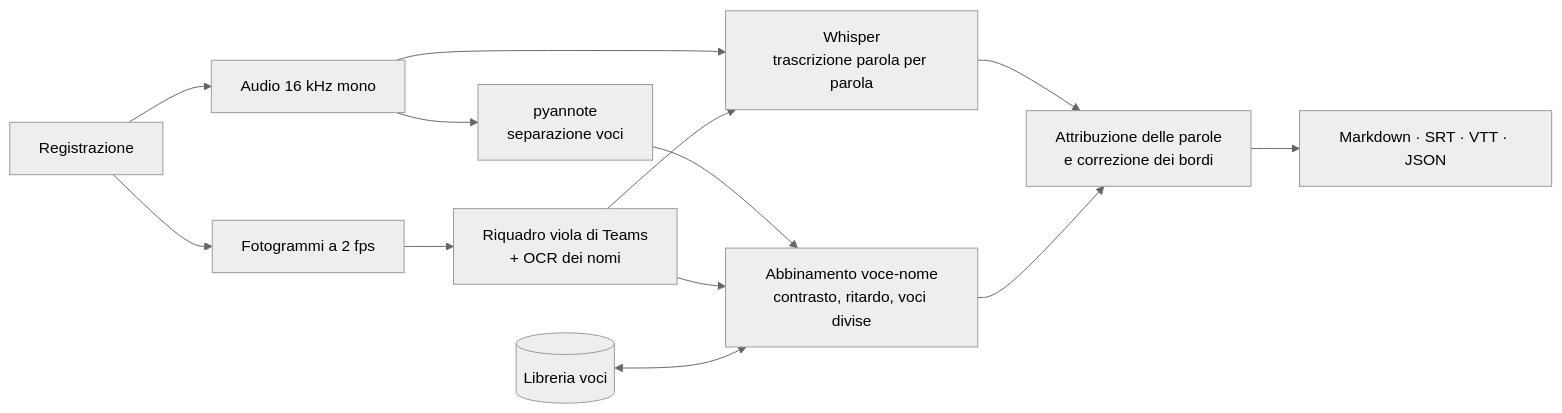
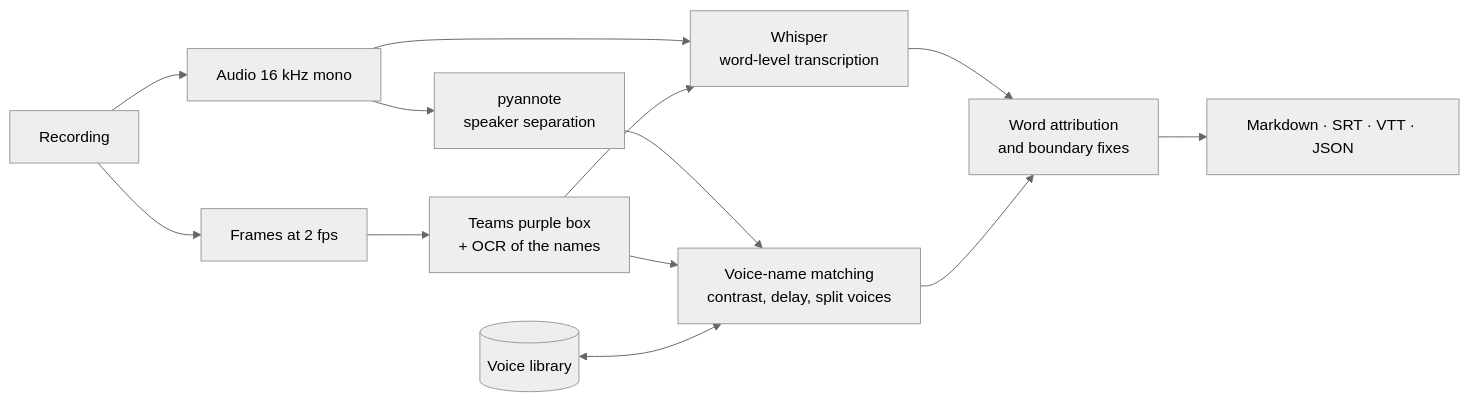
Before and after one commit to battles5/neon-minutes: the diagram in README.md, drawn with Mermaid (neutral theme). The commit also changed other lines of this file and 8 other files, not shown here.

````diff
--- a/README.md
+++ b/README.md
@@ -167,15 +166,15 @@
 ```mermaid
 flowchart LR
-    V[Registrazione] --> A[Audio 16 kHz mono]
-    V --> F[Fotogrammi a 2 fps]
-    A --> P[pyannote<br>separazione voci]
-    A --> W[Whisper<br>trascrizione parola per parola]
-    F --> O[Riquadro viola di Teams<br>+ OCR dei nomi]
+    V[Recording] --> A[Audio 16 kHz mono]
+    V --> F[Frames at 2 fps]
+    A --> P[pyannote<br>speaker separation]
+    A --> W[Whisper<br>word-level transcription]
+    F --> O[Teams purple box<br>+ OCR of the names]
     O --> W
-    P --> N[Abbinamento voce-nome<br>contrasto, ritardo, voci divise]
+    P --> N[Voice-name matching<br>contrast, delay, split voices]
     O --> N
-    L[(Libreria voci)] <--> N
-    W --> R[Attribuzione delle parole<br>e correzione dei bordi]
+    L[(Voice library)] <--> N
+    W --> R[Word attribution<br>and boundary fixes]
     N --> R
     R --> OUT[Markdown · SRT · VTT · JSON]
 ```
````
